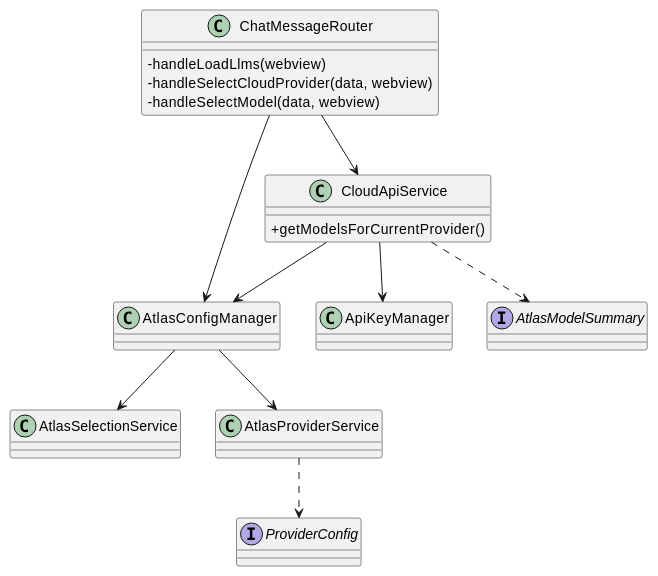
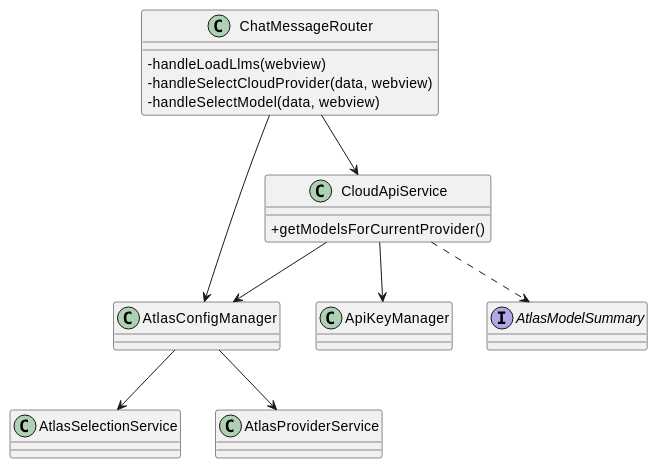
Diagram 11 of 38 in docs/plantuml-diagramas-por-caso-de-uso-atlas.md (JVictorVI/ATLAS), drawn with PlantUML before and after one commit. The commit also changed other lines of this file and 5 other files, not shown here.

Commit message:
Atualiza diagramas e casos de uso

````diff
--- a/docs/plantuml-diagramas-por-caso-de-uso-atlas.md
+++ b/docs/plantuml-diagramas-por-caso-de-uso-atlas.md
@@ -339,30 +345,28 @@
 ```plantuml
 @startuml
 skinparam shadowing false
 skinparam classAttributeIconSize 0
 
 class ChatMessageRouter {
   -handleLoadLlms(webview)
   -handleSelectCloudProvider(data, webview)
   -handleSelectModel(data, webview)
 }
 class AtlasConfigManager
 class AtlasSelectionService
 class AtlasProviderService
 class CloudApiService {
   +getModelsForCurrentProvider()
 }
 class ApiKeyManager
 interface AtlasModelSummary
-interface ProviderConfig
 
 ChatMessageRouter --> AtlasConfigManager
 ChatMessageRouter --> CloudApiService
 AtlasConfigManager --> AtlasSelectionService
 AtlasConfigManager --> AtlasProviderService
 CloudApiService --> AtlasConfigManager
 CloudApiService --> ApiKeyManager
 CloudApiService ..> AtlasModelSummary
-AtlasProviderService ..> ProviderConfig
 @enduml
 ```
````
